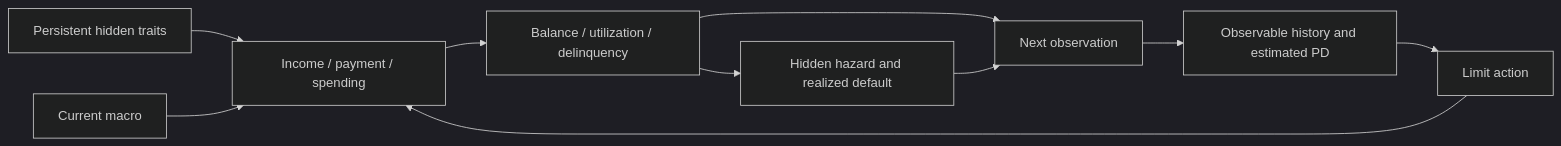
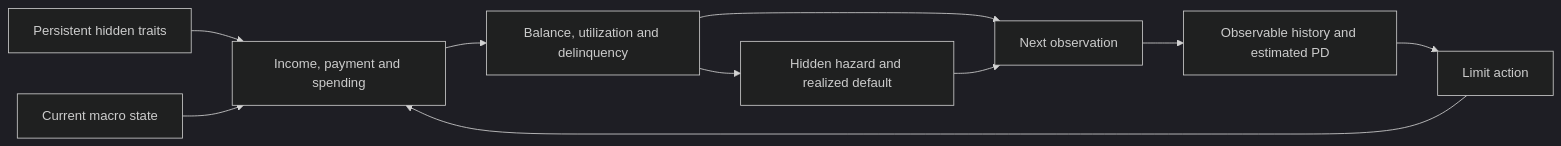
Before and after one commit to Drivax/Dynamic-Credit-Limit-Optimization-with-RL-: the diagram in README.md, drawn with Mermaid (dark theme). The commit also changed other lines of this file, not shown here.

````diff
--- a/README.md
+++ b/README.md
@@ -37,12 +37,12 @@
 ```mermaid
-flowchart LR
-    Hidden[Persistent hidden traits] --> Dynamics[Income / payment / spending]
-    Macro[Current macro] --> Dynamics
-    Observation[Observable history and estimated PD] --> Action[Limit action]
-    Action --> Dynamics
-    Dynamics --> Balance[Balance / utilization / delinquency]
-    Balance --> Default[Hidden hazard and realized default]
-    Balance --> Next[Next observation]
-    Default --> Next
-    Next --> Observation
+graph LR;
+    H["Persistent hidden traits"] --> D["Income, payment and spending"];
+    M["Current macro state"] --> D;
+    O["Observable history and estimated PD"] --> A["Limit action"];
+    A --> D;
+    D --> B["Balance, utilization and delinquency"];
+    B --> E["Hidden hazard and realized default"];
+    B --> N["Next observation"];
+    E --> N;
+    N --> O;
 ```
````
